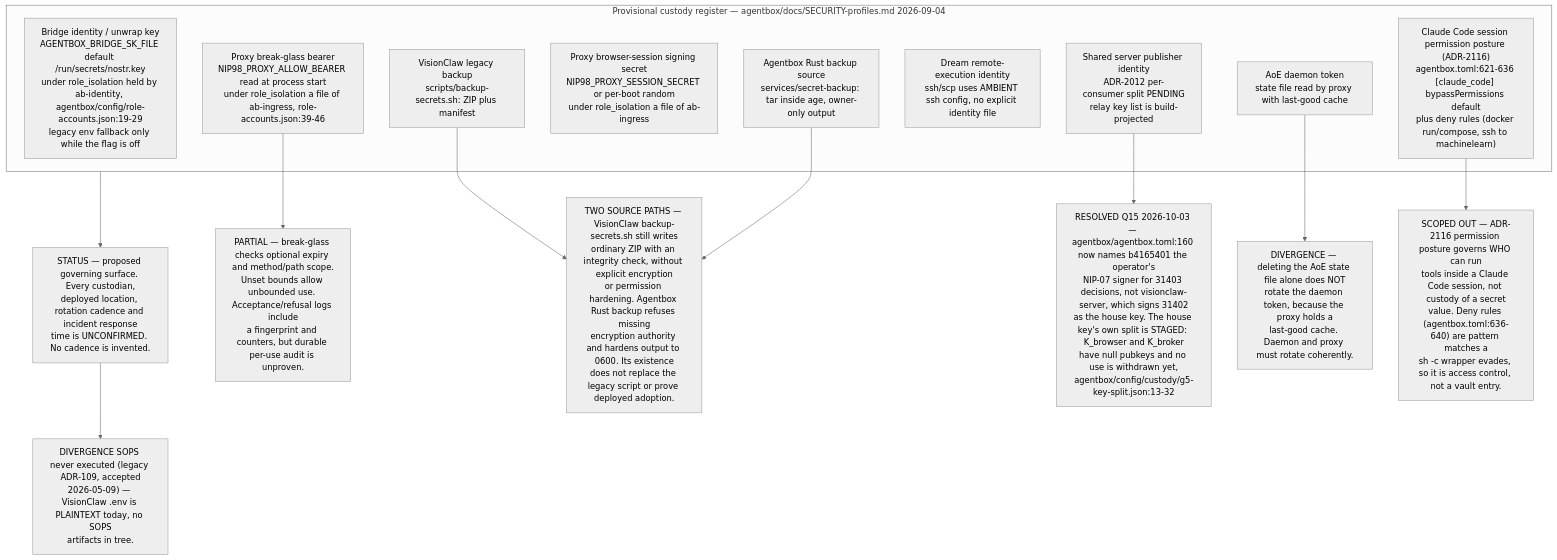
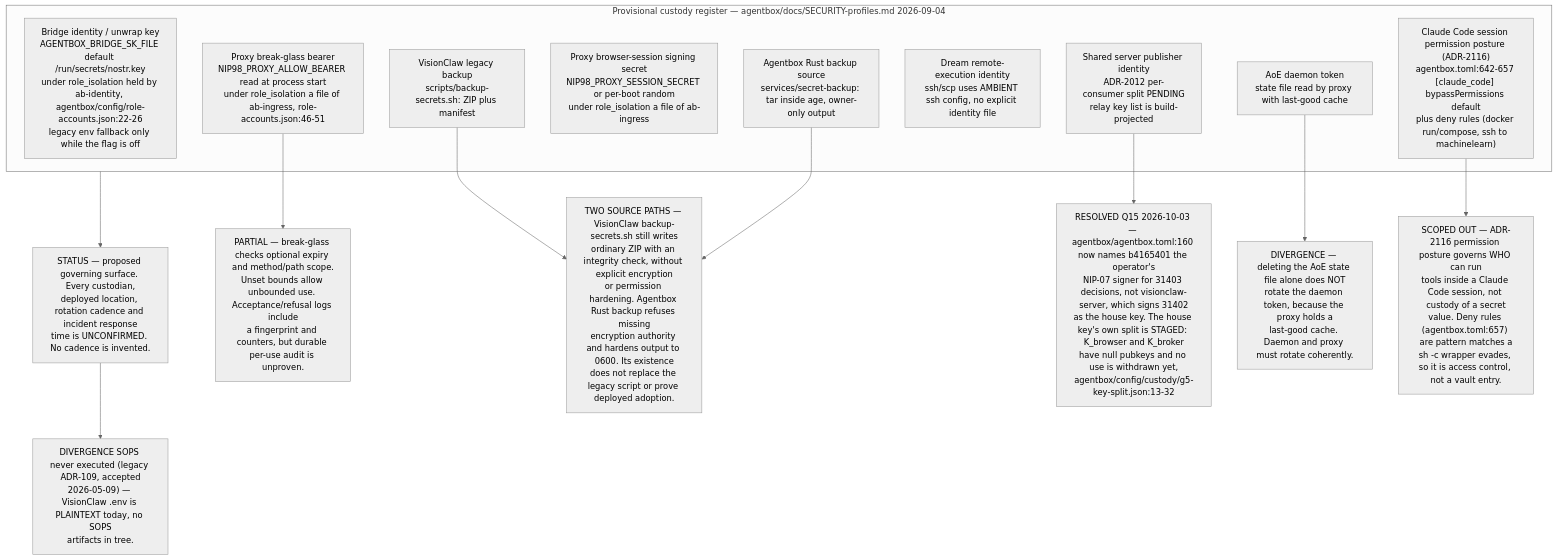
One commit to DreamLab-AI/VisionFlow changed the ninth of 11 diagrams in docs/diagrams/estate/10-deployment-and-security-profiles.md. Above: the diagram before and after it, drawn with Mermaid (neutral theme). The commit also changed other lines of this file and 111 other files, not shown here.

Commit message:
docs(diagrams): align estate maps with current source

````diff
--- a/docs/diagrams/estate/10-deployment-and-security-profiles.md
+++ b/docs/diagrams/estate/10-deployment-and-security-profiles.md
@@ -356,30 +356,30 @@
 ```mermaid
 flowchart TB
     subgraph reg["Provisional custody register — agentbox/docs/SECURITY-profiles.md 2026-09-04"]
-        C1["Bridge identity / unwrap key<br/>AGENTBOX_BRIDGE_SK_FILE default /run/secrets/nostr.key<br/>under role_isolation held by ab-identity, agentbox/config/role-accounts.json:19-29<br/>legacy env fallback only while the flag is off"]
+        C1["Bridge identity / unwrap key<br/>AGENTBOX_BRIDGE_SK_FILE default /run/secrets/nostr.key<br/>under role_isolation held by ab-identity, agentbox/config/role-accounts.json:22-26<br/>legacy env fallback only while the flag is off"]
         C2["Shared server publisher identity<br/>ADR-2012 per-consumer split PENDING<br/>relay key list is build-projected"]
-        C3["Proxy break-glass bearer<br/>NIP98_PROXY_ALLOW_BEARER read at process start<br/>under role_isolation a file of ab-ingress, role-accounts.json:39-46"]
+        C3["Proxy break-glass bearer<br/>NIP98_PROXY_ALLOW_BEARER read at process start<br/>under role_isolation a file of ab-ingress, role-accounts.json:46-51"]
         C4["Proxy browser-session signing secret<br/>NIP98_PROXY_SESSION_SECRET or per-boot random<br/>under role_isolation a file of ab-ingress"]
         C5["AoE daemon token<br/>state file read by proxy with last-good cache"]
         C6["Dream remote-execution identity<br/>ssh/scp uses AMBIENT ssh config, no explicit identity file"]
         C7["VisionClaw legacy backup<br/>scripts/backup-secrets.sh: ZIP plus manifest"]
         C8["Agentbox Rust backup source<br/>services/secret-backup: tar inside age, owner-only output"]
-        C9["Claude Code session permission posture (ADR-2116)<br/>agentbox.toml:621-636 [claude_code] bypassPermissions default<br/>plus deny rules (docker run/compose, ssh to machinelearn)"]
+        C9["Claude Code session permission posture (ADR-2116)<br/>agentbox.toml:642-657 [claude_code] bypassPermissions default<br/>plus deny rules (docker run/compose, ssh to machinelearn)"]
     end
     ST["STATUS — proposed governing surface. Every custodian,<br/>deployed location, rotation cadence and incident response<br/>time is UNCONFIRMED. No cadence is invented."]
     D1["PARTIAL — break-glass checks optional expiry and method/path scope.<br/>Unset bounds allow unbounded use. Acceptance/refusal logs include<br/>a fingerprint and counters, but durable per-use audit is unproven."]
     D2["TWO SOURCE PATHS — VisionClaw backup-secrets.sh still writes<br/>ordinary ZIP with an integrity check, without explicit encryption<br/>or permission hardening. Agentbox Rust backup refuses missing<br/>encryption authority and hardens output to 0600. Its existence<br/>does not replace the legacy script or prove deployed adoption."]
     D3["RESOLVED Q15 2026-10-03 — agentbox/agentbox.toml:160 now names b4165401 the operator's<br/>NIP-07 signer for 31403 decisions, not visionclaw-server, which signs 31402<br/>as the house key. The house key's own split is STAGED: K_browser and K_broker<br/>have null pubkeys and no use is withdrawn yet,<br/>agentbox/config/custody/g5-key-split.json:13-32"]
     D4["DIVERGENCE — deleting the AoE state file alone does NOT<br/>rotate the daemon token, because the proxy holds a<br/>last-good cache. Daemon and proxy must rotate coherently."]
     D5["DIVERGENCE SOPS never executed (legacy ADR-109, accepted<br/>2026-05-09) — VisionClaw .env is PLAINTEXT today, no SOPS<br/>artifacts in tree."]
-    D6["SCOPED OUT — ADR-2116 permission posture governs WHO can run<br/>tools inside a Claude Code session, not custody of a secret<br/>value. Deny rules (agentbox.toml:636-640) are pattern matches a<br/>sh -c wrapper evades, so it is access control, not a vault entry."]
+    D6["SCOPED OUT — ADR-2116 permission posture governs WHO can run<br/>tools inside a Claude Code session, not custody of a secret<br/>value. Deny rules (agentbox.toml:657) are pattern matches a<br/>sh -c wrapper evades, so it is access control, not a vault entry."]
 
     reg --> ST
     C3 --> D1
     C7 --> D2
     C8 --> D2
     C2 --> D3
     C5 --> D4
     ST --> D5
     C9 --> D6
 ```
````
